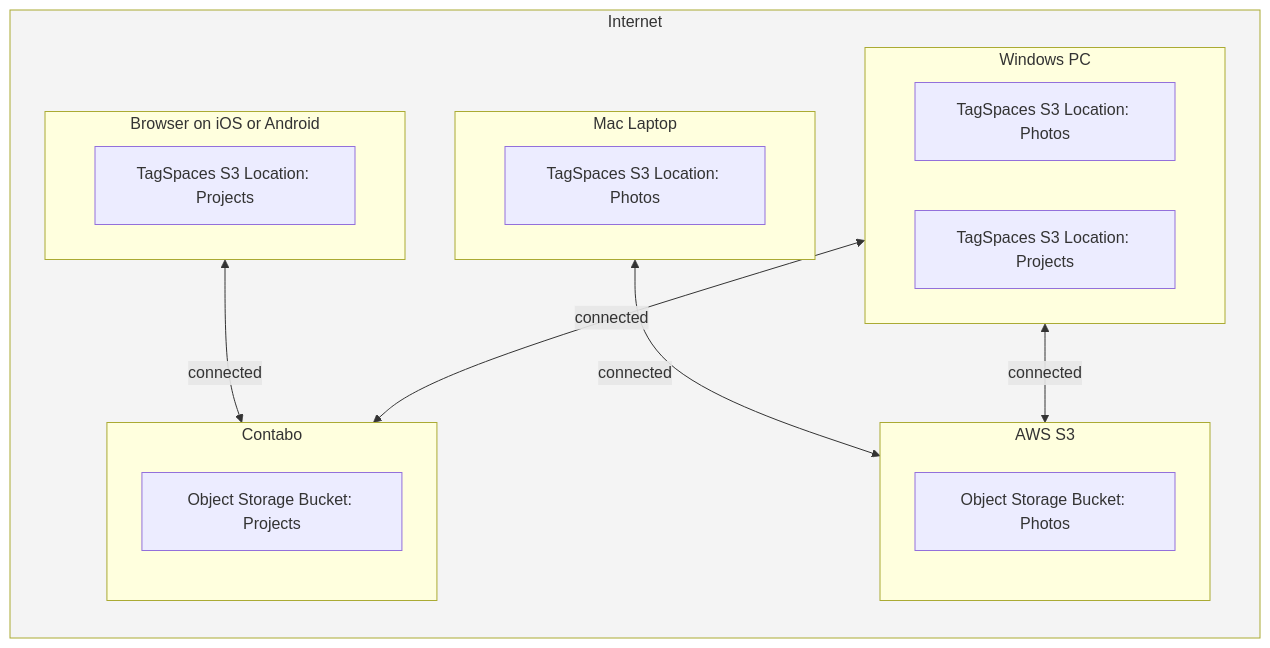
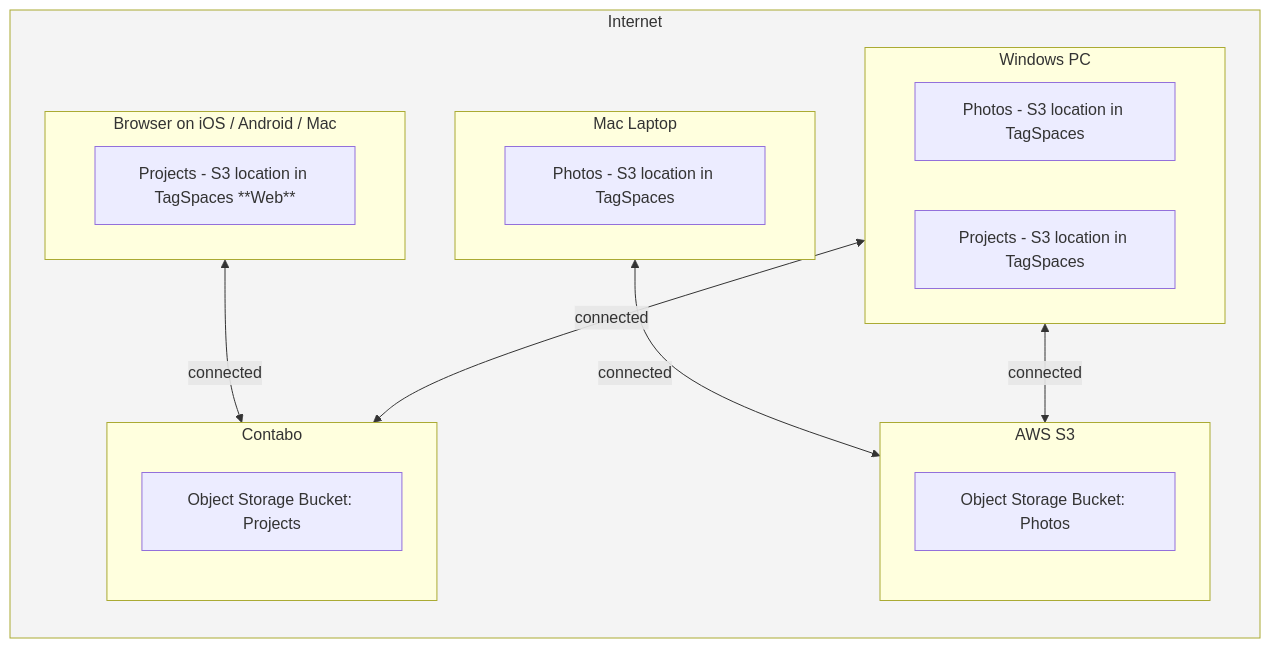
One commit to tagspaces/documentation changed the fourth of 6 diagrams in docs/tutorials/using-tagspaces-collaboratively.md. Above: the diagram before and after it, drawn with Mermaid. The commit also changed other lines of this file and 1 other file, not shown here.

````diff
--- a/docs/tutorials/using-tagspaces-collaboratively.md
+++ b/docs/tutorials/using-tagspaces-collaboratively.md
@@ -195,32 +195,32 @@
 ```mermaid
 flowchart
     subgraph Internet[Internet]
         direction TB
         subgraph PC1[Windows PC]
             direction RL
-            TSLoc1["TagSpaces S3 Location: Photos"]
-            TSLoc2["TagSpaces S3 Location: Projects"]
+            TSLoc1["Photos - S3 location in TagSpaces"]
+            TSLoc2["Projects - S3 location in TagSpaces"]
         end
-        subgraph MD1["Browser on iOS or Android"]
+        subgraph MD1["Browser on iOS / Android / Mac"]
             direction RL
-            TSLoc4["TagSpaces S3 Location: Projects"]
+            TSLoc4["Projects - S3 location in TagSpaces **Web**"]
         end
         subgraph S3Service1[AWS S3]
             direction BT
             SF1["Object Storage Bucket: Photos"]
         end
         subgraph S3Service2[Contabo]
             direction BT
             SF4["Object Storage Bucket: Projects"]
         end
         subgraph MAC1[Mac Laptop]
             direction RL
-            TSLoc3["TagSpaces S3 Location: Photos"]
+            TSLoc3["Photos - S3 location in TagSpaces"]
         end
         TSLoc1 <-->|connected| SF1
         TSLoc2 <-->|connected| SF4
         TSLoc4 <-->|connected| SF4
         TSLoc3 <-->|connected| SF1
     end
     style Internet fill:#e8e8e87d
 ```
````
